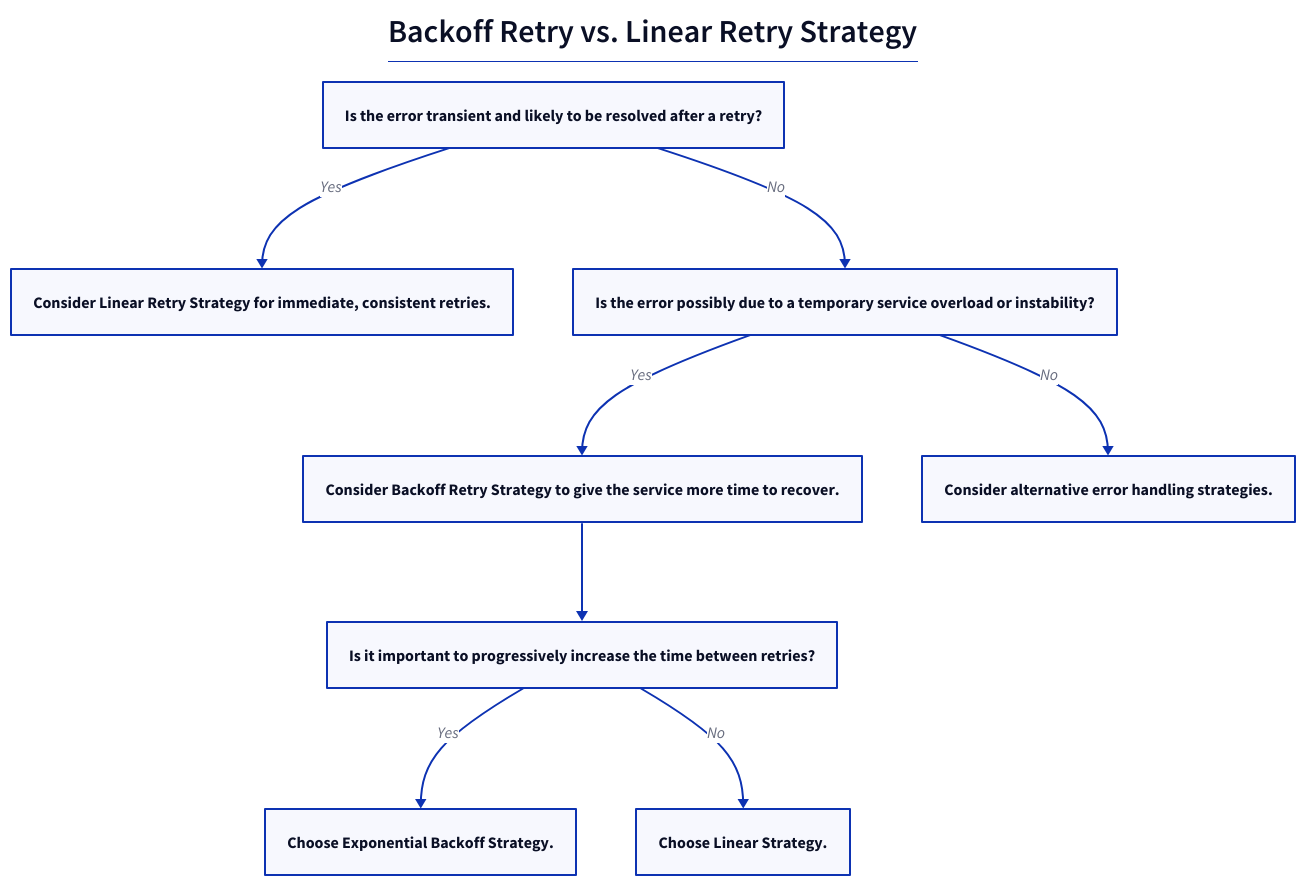
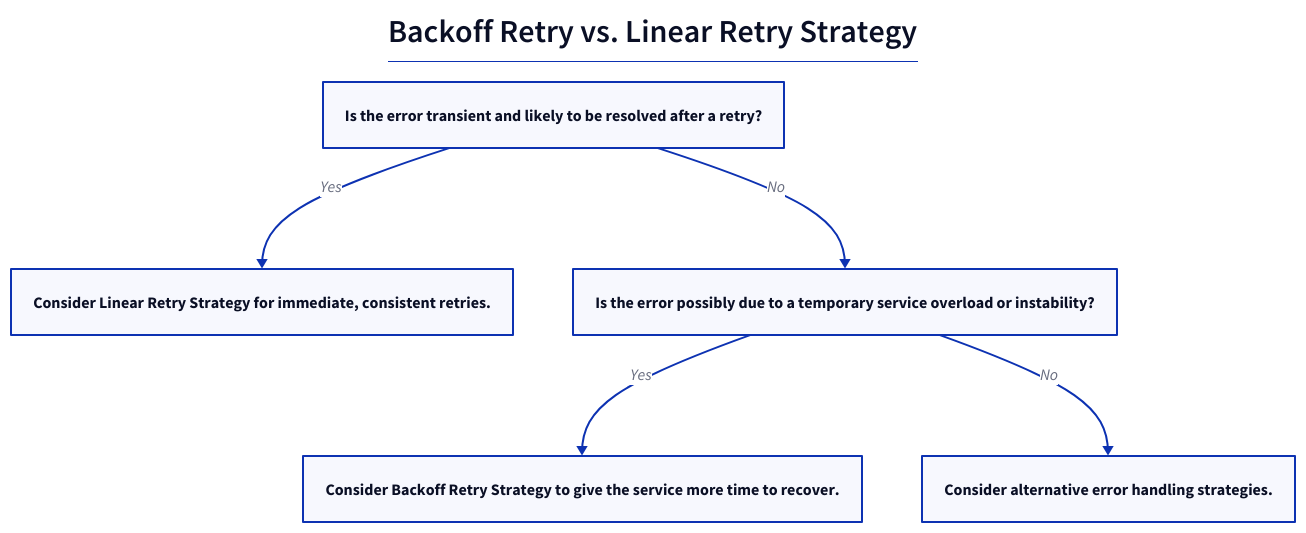
Before and after one commit to defer-run/documentation: the diagram in images/features/retries/strategy-decision-tree.d2, drawn with D2. The commit also changed other lines of this file and 1 other file, not shown here.

Commit message:
Update retries schema

```diff
--- a/images/features/retries/strategy-decision-tree.d2
+++ b/images/features/retries/strategy-decision-tree.d2
@@ -1,26 +1,18 @@
 # https://backoff-utils.readthedocs.io/en/latest/strategies.html#fixed-backoff
 
 title: |md
   # Backoff Retry vs. Linear Retry Strategy
 | {near: top-center}
 
 a: Is the error transient and likely to be resolved after a retry?
 b: Consider Linear Retry Strategy for immediate, consistent retries.
 c: Is the error possibly due to a temporary service overload or instability?
 
 a -> b: Yes
 a -> c: No
 
 ca: Consider Backoff Retry Strategy to give the service more time to recover.
 cb: Consider alternative error handling strategies.
 
 c -> ca: Yes
 c -> cb: No
-
-d: Is it important to progressively increase the time between retries?
-da: Choose Exponential Backoff Strategy.
-db: Choose Linear Strategy.
-
-ca -> d
-d -> da: Yes
-d -> db: No
```
